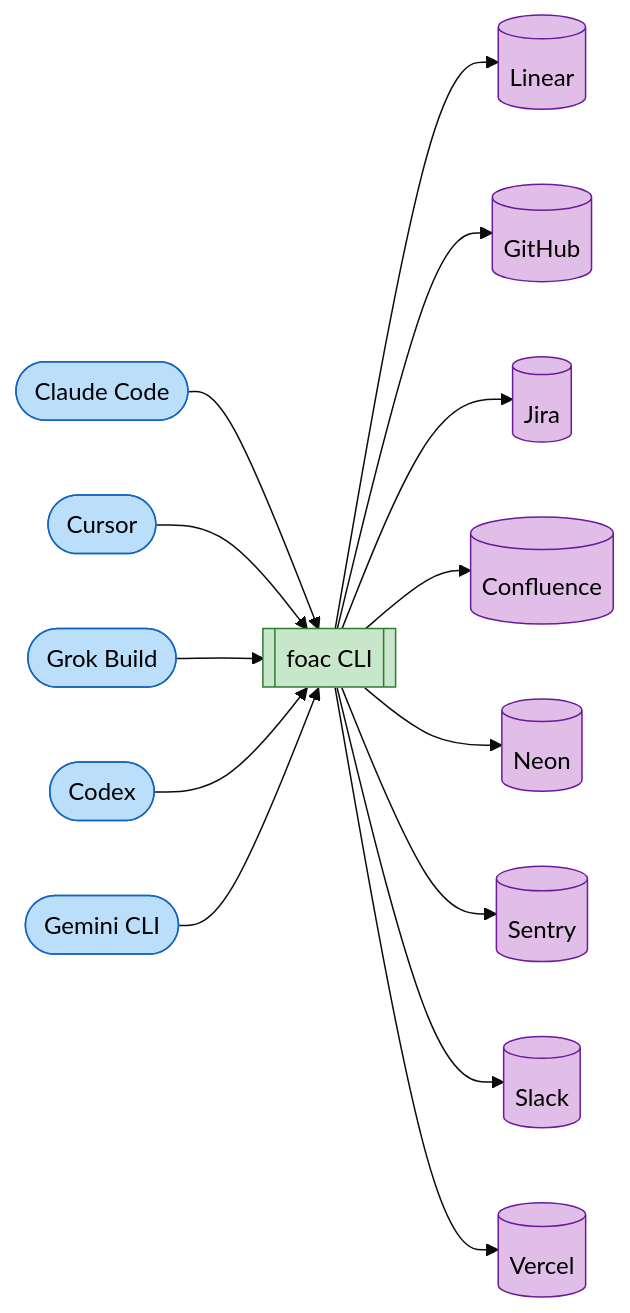
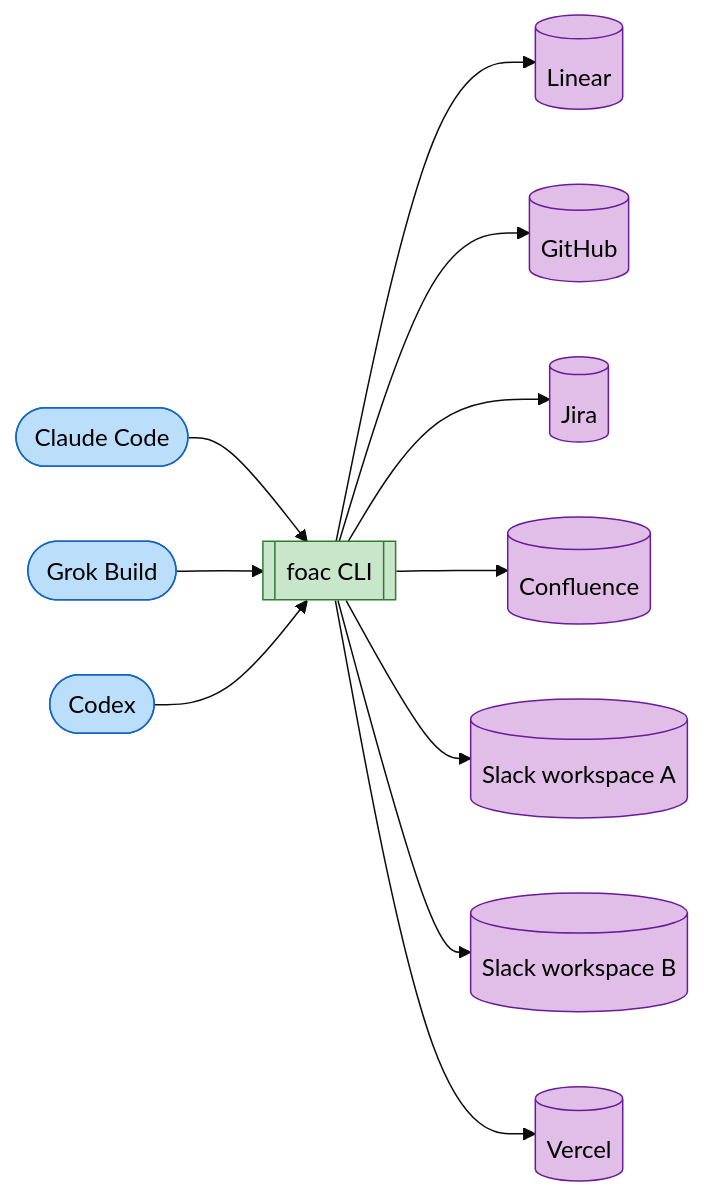
One commit to alephic-ai/foac changed the second of 2 diagrams in README.md. Above: the diagram before and after it, drawn with Mermaid (base theme). The commit also changed other lines of this file and 19 other files, not shown here.

````diff
--- a/README.md
+++ b/README.md
@@ -51,15 +50,13 @@
 ```mermaid
 graph LR
     CC([Claude Code]) --> F
-    CU([Cursor]) --> F
     GRK([Grok Build]) --> F
-    CX([Codex]) --> F
-    GEM([Gemini CLI]) --> F[[foac CLI]]
-    F --> Linear[(Linear)] & GitHub[(GitHub)] & Jira[(Jira)] & Confluence[(Confluence)] & Neon[(Neon)] & Sentry[(Sentry)] & Slack[(Slack)] & Vercel[(Vercel)]
+    CX([Codex]) --> F[[foac CLI]]
+    F --> Linear[(Linear)] & GitHub[(GitHub)] & Jira[(Jira)] & Confluence[(Confluence)] & SlackA[(Slack workspace A)] & SlackB[(Slack workspace B)] & Vercel[(Vercel)]
     classDef harness fill:#bbdefb,stroke:#1565c0,color:#000
     classDef cli fill:#c8e6c9,stroke:#2e7d32,color:#000
     classDef provider fill:#e1bee7,stroke:#6a1b9a,color:#000
-    class CC,CU,GRK,CX,GEM harness
+    class CC,GRK,CX harness
     class F cli
-    class Linear,GitHub,Jira,Confluence,Neon,Sentry,Slack,Vercel provider
+    class Linear,GitHub,Jira,Confluence,SlackA,SlackB,Vercel provider
 ```
````
